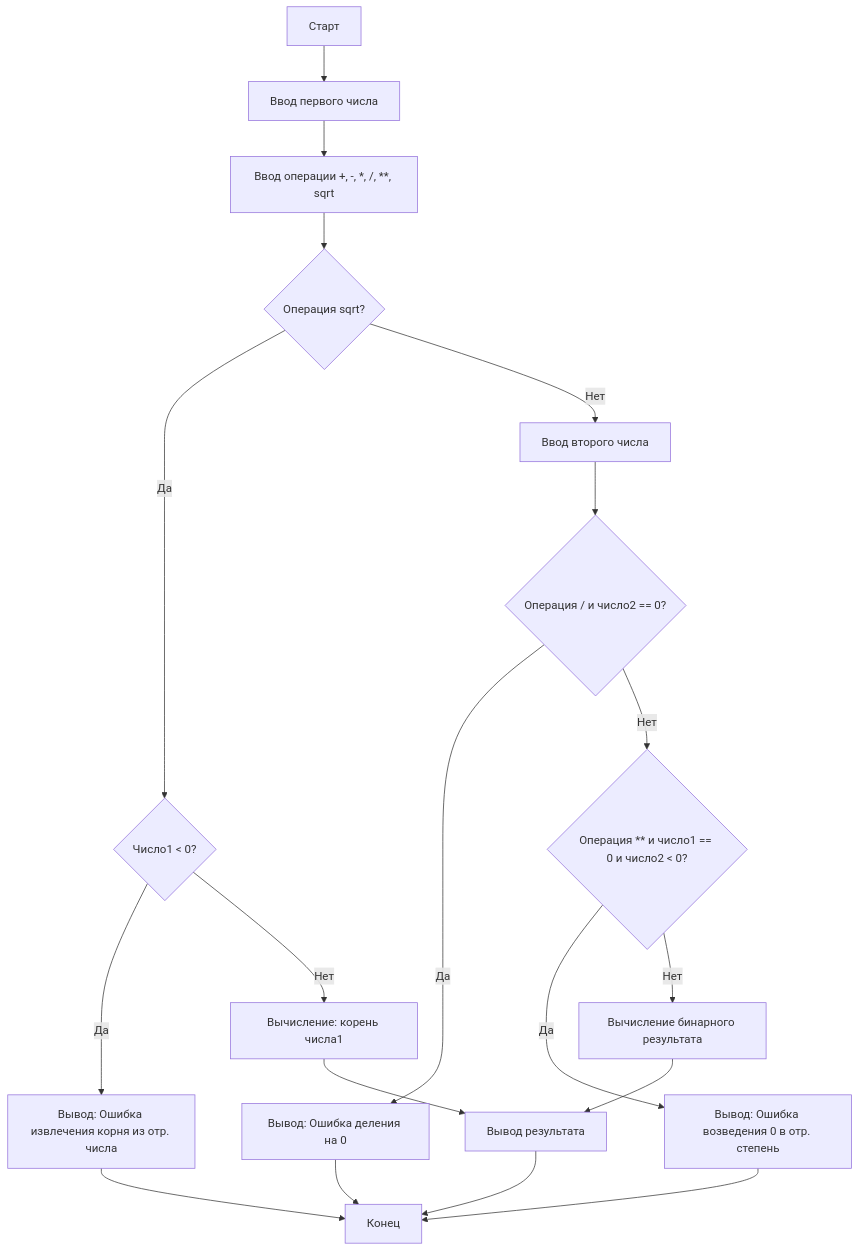
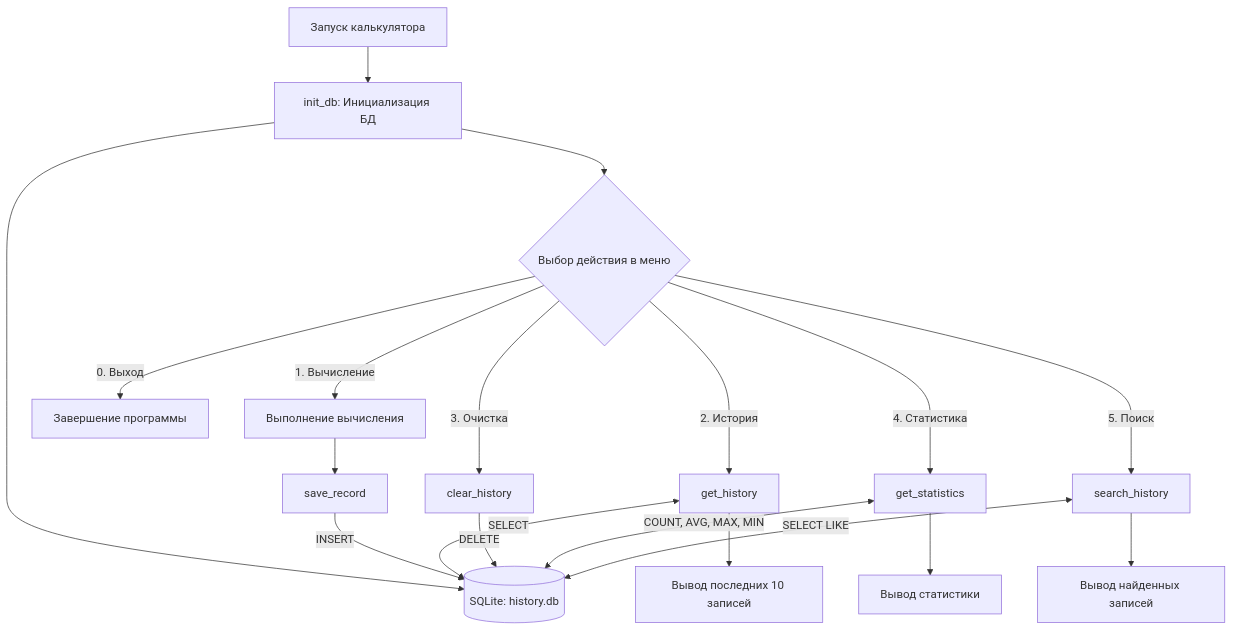
Before and after one commit to a-mozhaev/prz23: the second of 2 diagrams in README.md, drawn with Mermaid. The commit also changed other lines of this file and 2 other files, not shown here.

Commit message:
feat: добавлены: 1. Функция 'Показать статистику', Функция 'Поиск по истории', 3. Схема работы БД

````diff
--- a/README.md
+++ b/README.md
@@ -15,25 +80,27 @@
-```mermaid 
- graph TD
-     A[Старт] --> B[Ввод первого числа]
-     B --> D[Ввод операции +, -, *, /, **, sqrt]
+```mermaid
+flowchart TD
+    A[Запуск калькулятора] --> B[init_db: Инициализация БД]
+    B --> DB[(SQLite: history.db)]
+    B --> C{Выбор действия в меню}
 
-     D --> E{Операция sqrt?}
-     E -- Да --> F{Число1 < 0?}
-     F -- Да --> G[Вывод: Ошибка извлечения корня из отр. числа]
-     F -- Нет --> H[Вычисление: корень числа1]
+    C -- 1. Вычисление --> D[Выполнение вычисления]
+    D --> E[save_record]
+    E -- INSERT --> DB
 
-     E -- Нет --> I[Ввод второго числа]
-     I --> J{Операция / и число2 == 0?}
-     J -- Да --> K[Вывод: Ошибка деления на 0]
-     J -- Нет --> L{Операция ** и число1 == 0 и число2 < 0?}
-     L -- Да --> M[Вывод: Ошибка возведения 0 в отр. степень]
-     L -- Нет --> N[Вычисление бинарного результата]
+    C -- 2. История --> F[get_history]
+    F <-- SELECT --> DB
+    F --> G[Вывод последних 10 записей]
 
-     H --> O[Вывод результата]
-     N --> O
+    C -- 3. Очистка --> H[clear_history]
+    H -- DELETE --> DB
 
-     G --> P[Конец]
-     K --> P
-     M --> P
-     O --> P
+    C -- 4. Статистика --> I[get_statistics]
+    I <-- COUNT, AVG, MAX, MIN --> DB
+    I --> J[Вывод статистики]
+
+    C -- 5. Поиск --> K[search_history]
+    K <-- SELECT LIKE --> DB
+    K --> L[Вывод найденных записей]
+
+    C -- 0. Выход --> M[Завершение программы]
 ```
````
